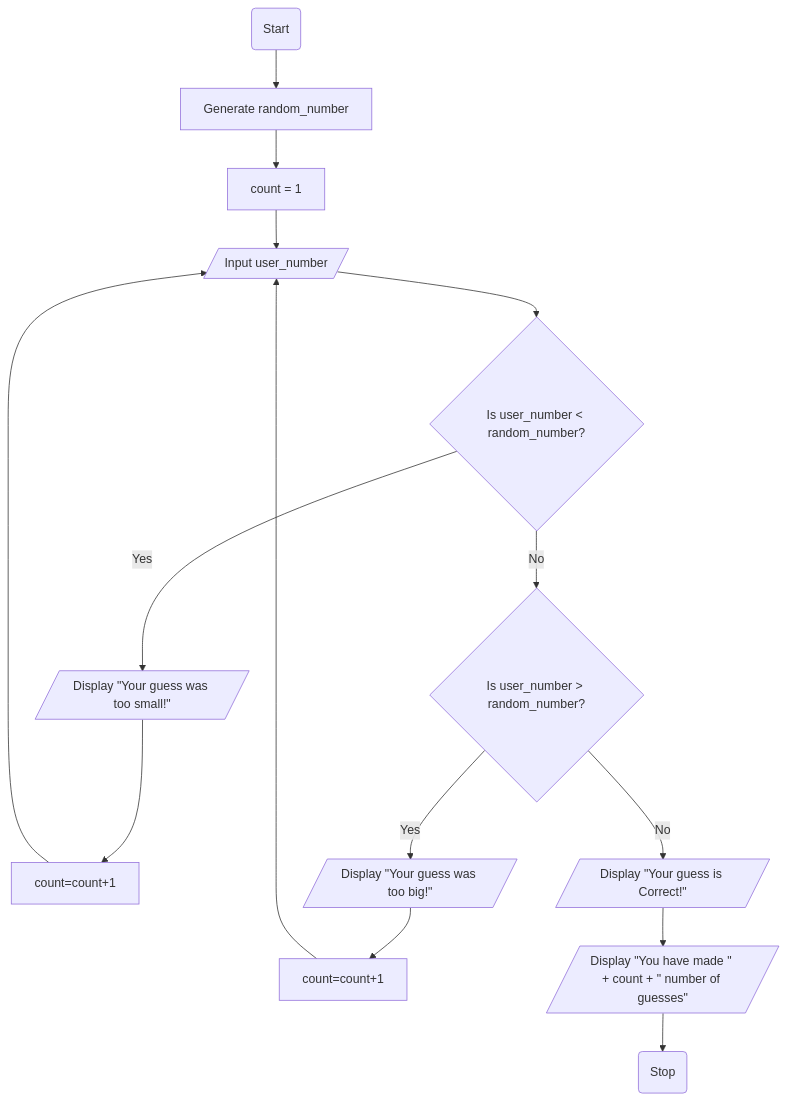
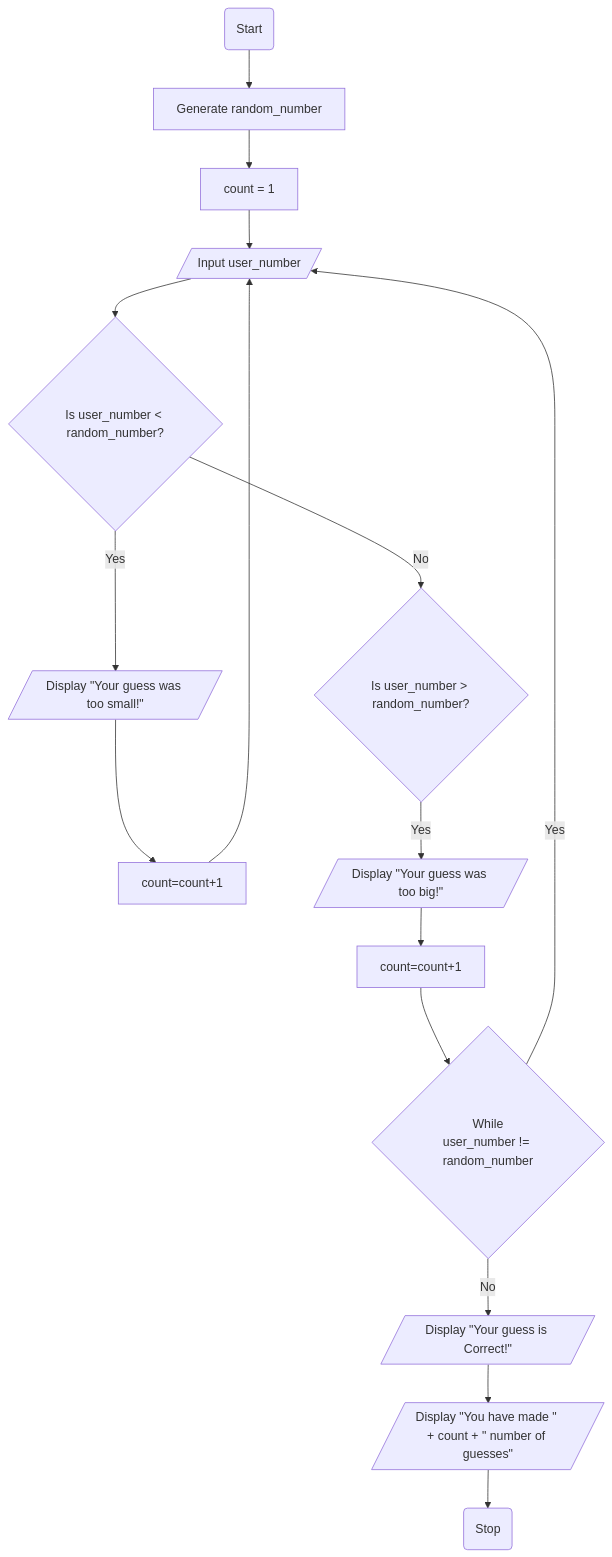
The eighth of 8 diagrams in README.md (jayani-athukorala/java-fundamentals-exercise), drawn with Mermaid before and after one commit. The commit also changed other lines of this file, not shown here.

Commit message:
Modification to Q8 flowchart

````diff
--- a/README.md
+++ b/README.md
@@ -229,17 +229,18 @@
 ```mermaid
 flowchart TD
     A(Start) --> B[Generate random_number]
     B --> C[count = 1]
     C --> D[/Input user_number/]
     D --> E{Is user_number < random_number?}
     E -- Yes --> F[/Display "Your guess was too small!"/]
     F --> G[count=count+1]
     G --> D
     E -- No --> H{Is user_number > random_number?}
     H -- Yes --> I[/Display "Your guess was too big!"/]
     I --> J[count=count+1]
-    J --> D
-    H -- No --> K[/Display "Your guess is Correct!"/]
-    K --> L[/Display "You have made " + count + " number of guesses"/]
-    L --> M(Stop)
+    J --> K{While<br>user_number != random_number}
+    K -- Yes --> D
+    K -- No --> L[/Display "Your guess is Correct!"/]
+    L --> M[/Display "You have made " + count + " number of guesses"/]
+    M --> N(Stop)
 ```
````
